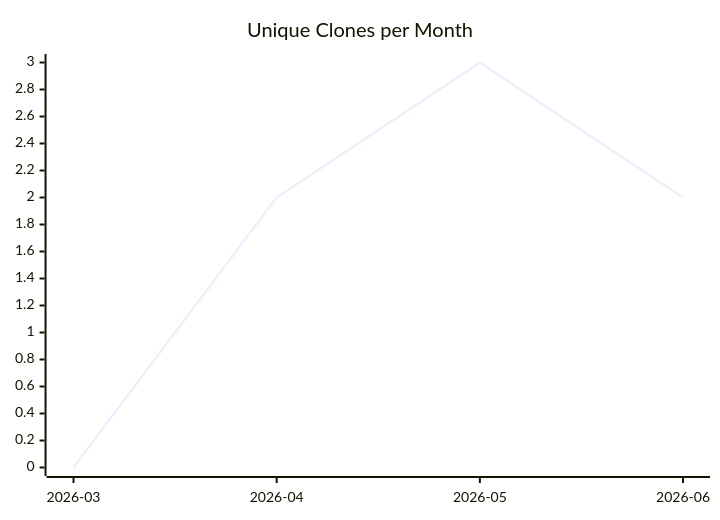
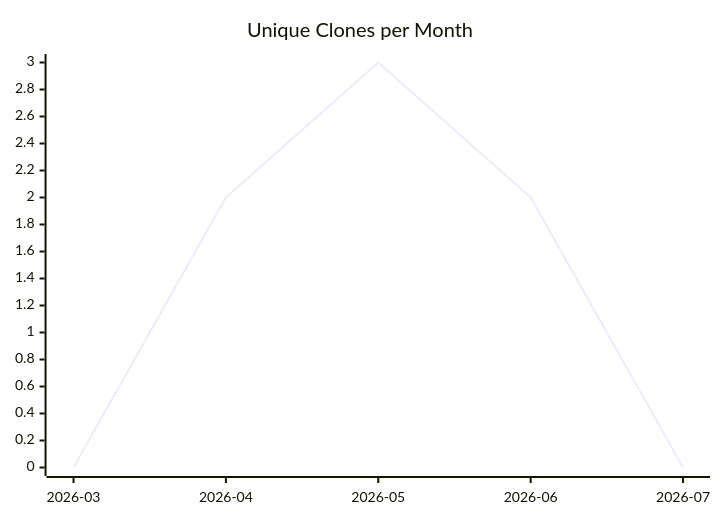
The third of 3 diagrams in karlmdavis/ldap-plugin/README.md (justdavis-family/github-analytics-data), drawn with Mermaid before and after one commit. The commit also changed other lines of this file and 188 other files, not shown here.

````diff
--- a/karlmdavis/ldap-plugin/README.md
+++ b/karlmdavis/ldap-plugin/README.md
@@ -19,6 +19,6 @@
 ```mermaid
 xychart-beta
   title "Unique Clones per Month"
-  x-axis ["2026-03", "2026-04", "2026-05", "2026-06"]
-  line [0, 2, 3, 2]
+  x-axis ["2026-03", "2026-04", "2026-05", "2026-06", "2026-07"]
+  line [0, 2, 3, 2, 0]
 ```
````
